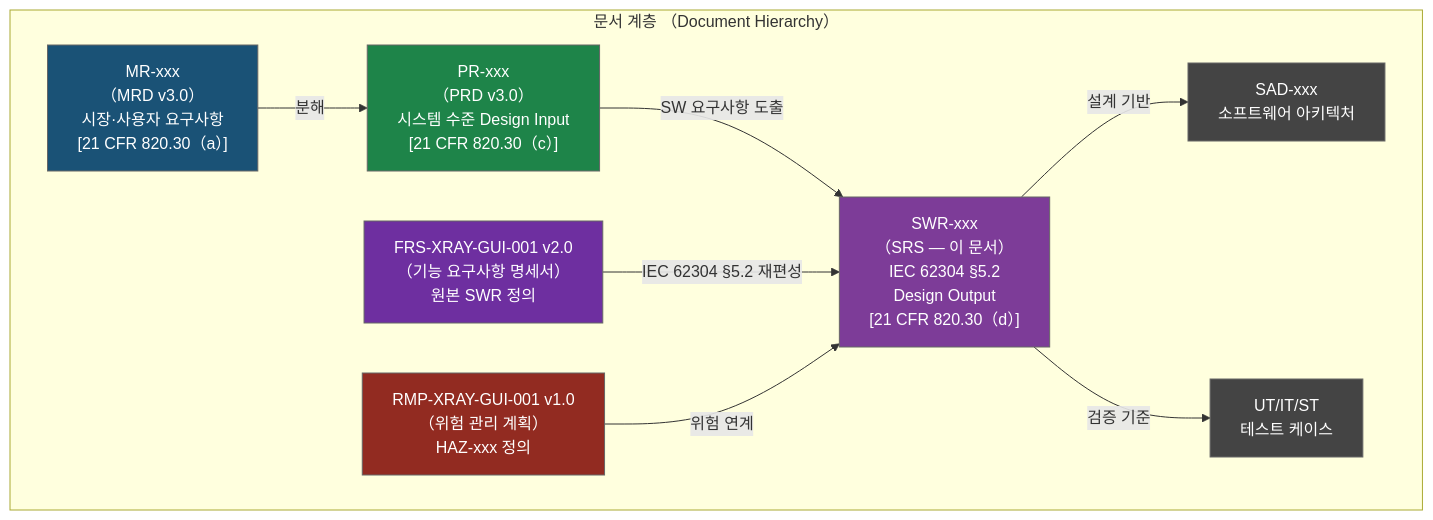
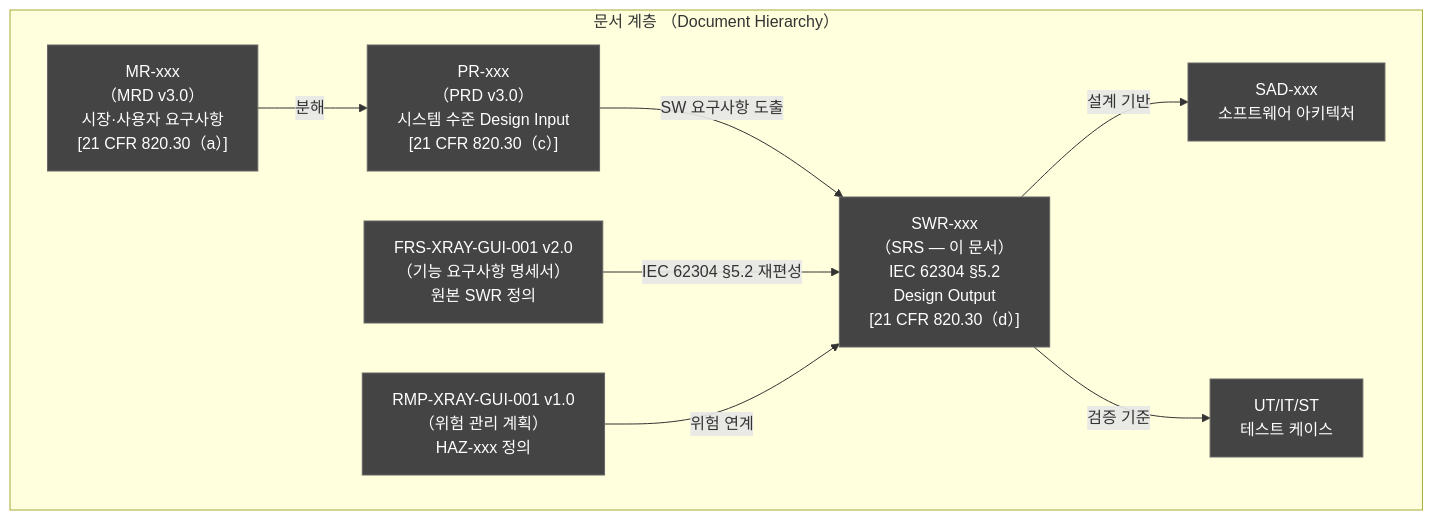
One commit to holee9/console-gui changed the first of 6 diagrams in docs/planning/DOC-005_SRS_v2.0.md. Above: the diagram before and after it, drawn with Mermaid. The commit also changed other lines of this file and 35 other files, not shown here.

First line of the commit message:
fix: 전체 Mermaid 차트 색상 진한 회색 통일

````diff
--- a/docs/planning/DOC-005_SRS_v2.0.md
+++ b/docs/planning/DOC-005_SRS_v2.0.md
@@ -88,26 +88,26 @@
 ```mermaid
 flowchart TD
     subgraph DocChain["문서 계층 （Document Hierarchy）"]
         MR["MR-xxx\n（MRD v3.0）\n시장·사용자 요구사항\n[21 CFR 820.30（a）]"]
         PR["PR-xxx\n（PRD v3.0）\n시스템 수준 Design Input\n[21 CFR 820.30（c）]"]
         SRS_doc["SWR-xxx\n（SRS — 이 문서）\nIEC 62304 §5.2\nDesign Output\n[21 CFR 820.30（d）]"]
         FRS["FRS-XRAY-GUI-001 v2.0\n（기능 요구사항 명세서）\n원본 SWR 정의"]
         RMP["RMP-XRAY-GUI-001 v1.0\n（위험 관리 계획）\nHAZ-xxx 정의"]
         SAD["SAD-xxx\n소프트웨어 아키텍처"]
         TC["UT/IT/ST\n테스트 케이스"]
     end
 
     MR -->|"분해"| PR
     PR -->|"SW 요구사항 도출"| SRS_doc
     FRS -->|"IEC 62304 §5.2 재편성"| SRS_doc
     RMP -->|"위험 연계"| SRS_doc
     SRS_doc -->|"설계 기반"| SAD
     SRS_doc -->|"검증 기준"| TC
 
     classDef default fill:#444,stroke:#666,color:#fff
-    style SRS_doc fill:#7d3c98,color:#fff
-    style PR fill:#1e8449,color:#fff
-    style MR fill:#1a5276,color:#fff
-    style FRS fill:#6e2fa0,color:#fff
-    style RMP fill:#922b21,color:#fff
+    style SRS_doc fill:#444,color:#fff
+    style PR fill:#444,color:#fff
+    style MR fill:#444,color:#fff
+    style FRS fill:#444,color:#fff
+    style RMP fill:#444,color:#fff
 ```
````
